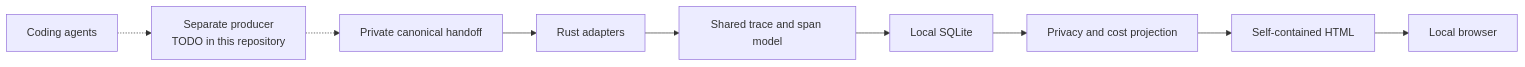
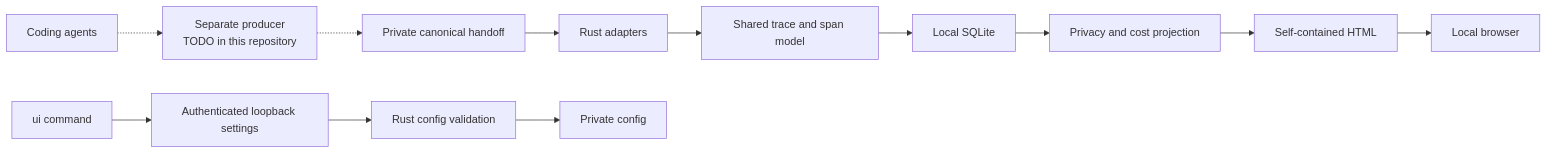
The first of 2 diagrams in README.md (MCprotein/agent-observability), drawn with Mermaid before and after one commit. The commit also changed other lines of this file and 5 other files, not shown here.

````diff
--- a/README.md
+++ b/README.md
@@ -122,11 +139,14 @@
 ```mermaid
 flowchart LR
     A["Coding agents"] -.-> P["Separate producer<br/>TODO in this repository"]
     P -.-> B["Private canonical handoff"]
     B --> C["Rust adapters"]
     C --> D["Shared trace and span model"]
     D --> E["Local SQLite"]
     E --> F["Privacy and cost projection"]
     F --> G["Self-contained HTML"]
     G --> H["Local browser"]
+    I["ui command"] --> J["Authenticated loopback settings"]
+    J --> K["Rust config validation"]
+    K --> L["Private config"]
 ```
````
